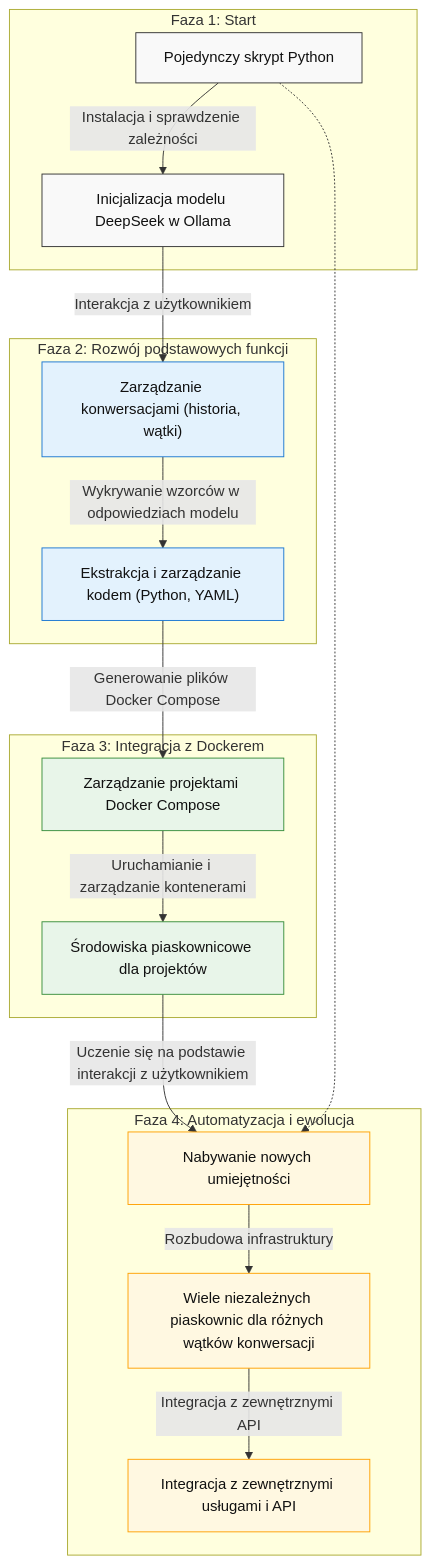
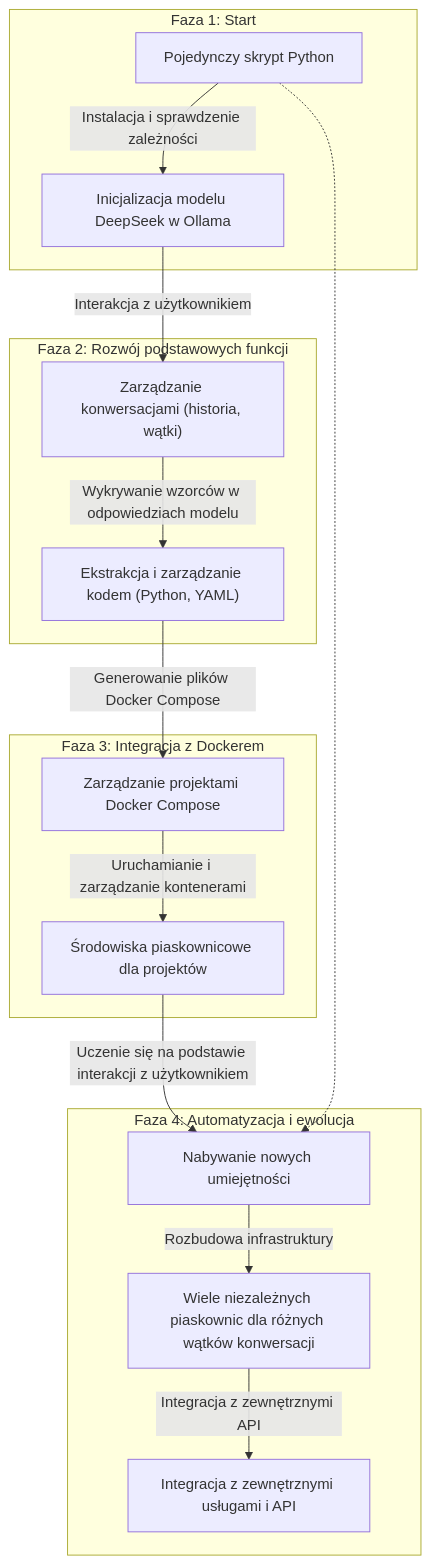
Before and after one commit to tom-sapletta-com/evopy: the diagram in README.md, drawn with Mermaid. The commit also changed other lines of this file and 16 other files, not shown here.

````diff
--- a/README.md
+++ b/README.md
@@ -24,34 +25,29 @@
 ```mermaid
 flowchart TB
     subgraph "Faza 1: Start"
         SinglePython["Pojedynczy skrypt Python"] --> |"Instalacja i sprawdzenie zależności"| ModelInit["Inicjalizacja modelu DeepSeek w Ollama"]
     end
     
     subgraph "Faza 2: Rozwój podstawowych funkcji"
         ModelInit --> |"Interakcja z użytkownikiem"| ConversationManagement["Zarządzanie konwersacjami (historia, wątki)"]
         ConversationManagement --> |"Wykrywanie wzorców w odpowiedziach modelu"| CodeExtraction["Ekstrakcja i zarządzanie kodem (Python, YAML)"]
     end
     
     subgraph "Faza 3: Integracja z Dockerem"
         CodeExtraction --> |"Generowanie plików Docker Compose"| DockerProjects["Zarządzanie projektami Docker Compose"]
         DockerProjects --> |"Uruchamianie i zarządzanie kontenerami"| SandboxEnvironments["Środowiska piaskownicowe dla projektów"]
     end
     
     subgraph "Faza 4: Automatyzacja i ewolucja"
         SandboxEnvironments --> |"Uczenie się na podstawie interakcji z użytkownikiem"| SkillAcquisition["Nabywanie nowych umiejętności"]
         SkillAcquisition --> |"Rozbudowa infrastruktury"| MultipleSandboxes["Wiele niezależnych piaskownic dla różnych wątków konwersacji"]
         MultipleSandboxes --> |"Integracja z zewnętrznymi API"| APIIntegration["Integracja z zewnętrznymi usługami i API"]
     end
     
     SinglePython -.-> SkillAcquisition
     
     classDef phase1 fill:#f9f9f9,stroke:#333,stroke-width:1px,color:#111
     classDef phase2 fill:#e3f2fd,stroke:#1976d2,stroke-width:1px,color:#111
     classDef phase3 fill:#e8f5e9,stroke:#388e3c,stroke-width:1px,color:#111
     classDef phase4 fill:#fff8e1,stroke:#ffa000,stroke-width:1px,color:#111
-    
-    class SinglePython,ModelInit phase1
-    class ConversationManagement,CodeExtraction phase2
-    class DockerProjects,SandboxEnvironments phase3
-    class SkillAcquisition,MultipleSandboxes,APIIntegration phase4
-```    
+```
````
